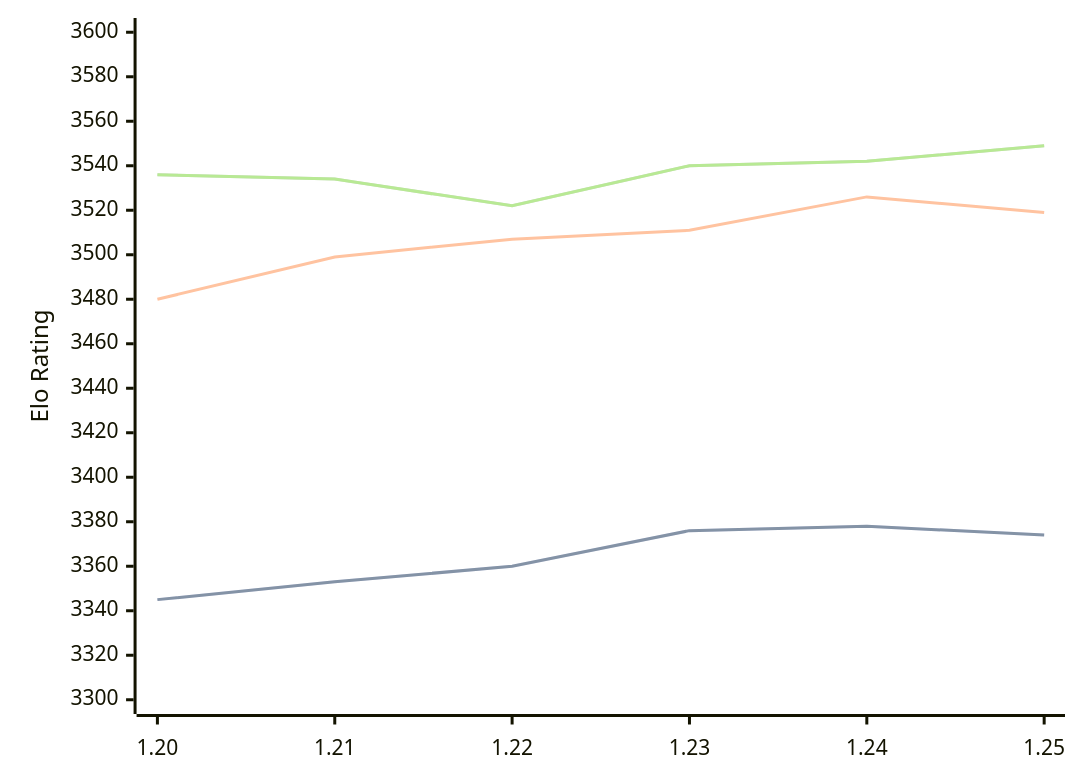
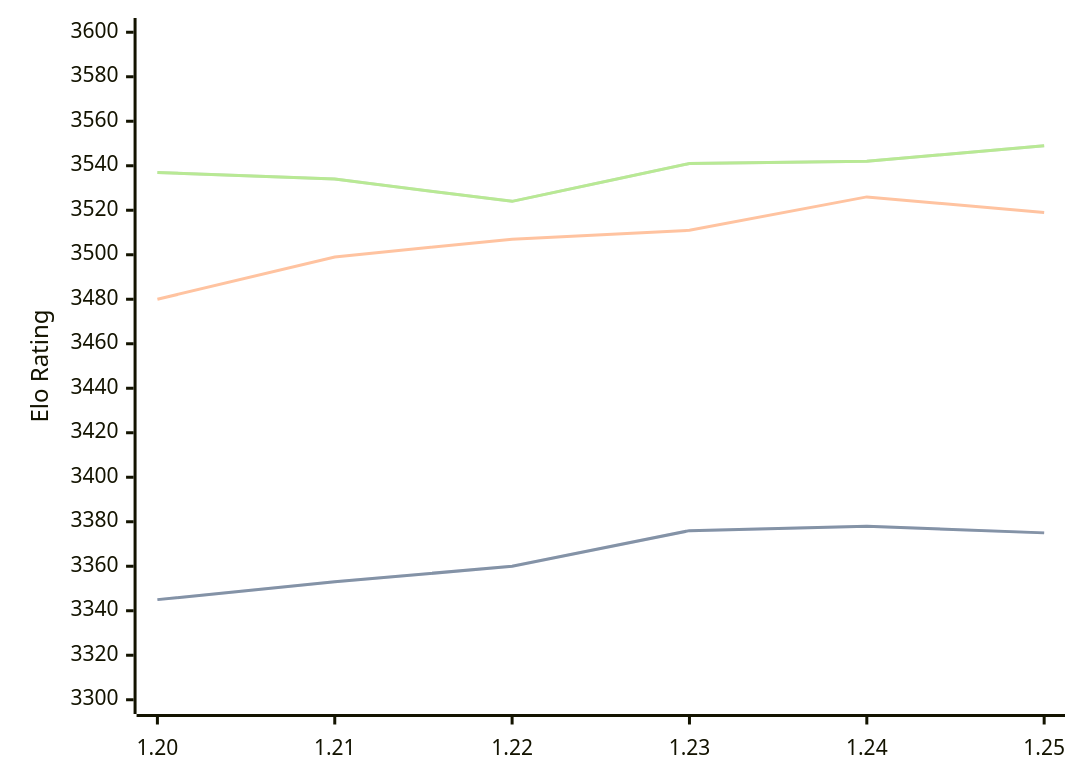
One commit to computer-chess-index/cci changed the third of 3 diagrams in engines/Caissa.md. Above: the diagram before and after it, drawn with Mermaid. The commit also changed other lines of this file, not shown here.

Commit message:
Update CCI Ratings (ELO VLTC) - 2026-07-13

````diff
--- a/engines/Caissa.md
+++ b/engines/Caissa.md
@@ -98,11 +98,11 @@
 ```mermaid
 %%{init: {"theme":"base","themeVariables":{"seriesColors:['#a3a3a3','#222221','#faa371']}}}%%
 xychart-beta
   x-axis ["1.20", "1.21", "1.22", "1.23", "1.24", "1.25"]
   y-axis "Elo Rating" 3300 --> 3600
-  line "STC (8.0+0.08s)" [3345, 3353, 3360, 3376, 3378, 3374]
-  line "STC (8.0+0.08s)" [3345, 3353, 3360, 3376, 3378, 3374]
+  line "STC (8.0+0.08s)" [3345, 3353, 3360, 3376, 3378, 3375]
+  line "STC (8.0+0.08s)" [3345, 3353, 3360, 3376, 3378, 3375]
   line "LTC (60.0+0.60s)" [3480, 3499, 3507, 3511, 3526, 3519]
-  line "VLTC (2m24s+1.12s)" [3536, 3534, 3522, 3540, 3542, 3549]
-  line "VLTC (2m24s+1.12s)" [3536, 3534, 3522, 3540, 3542, 3549]
+  line "VLTC (2m24s+1.12s)" [3537, 3534, 3524, 3541, 3542, 3549]
+  line "VLTC (2m24s+1.12s)" [3537, 3534, 3524, 3541, 3542, 3549]
 ```
````
